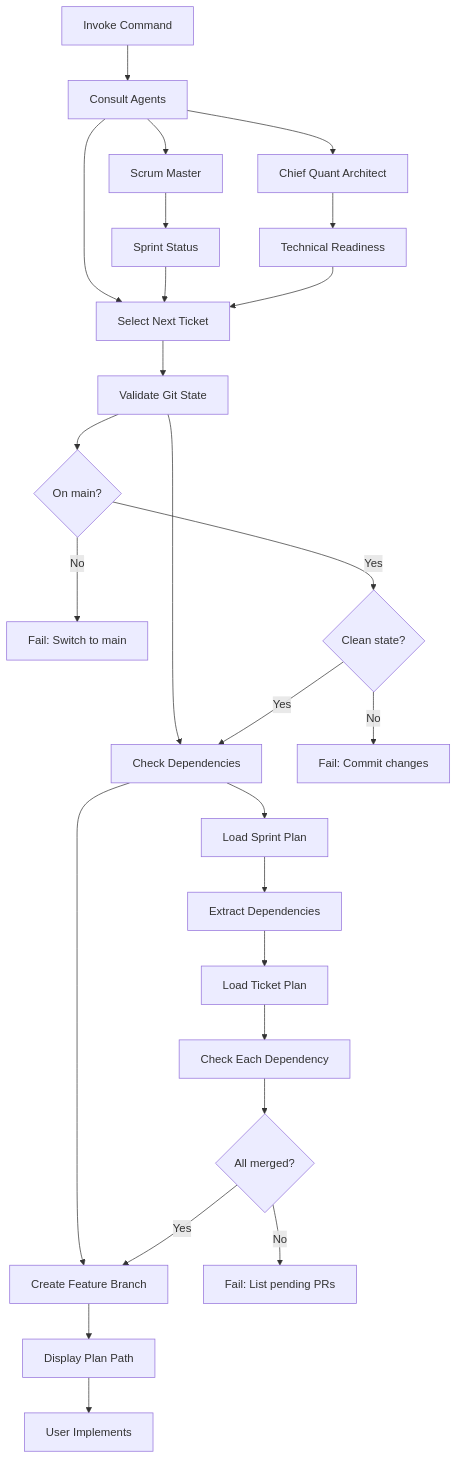
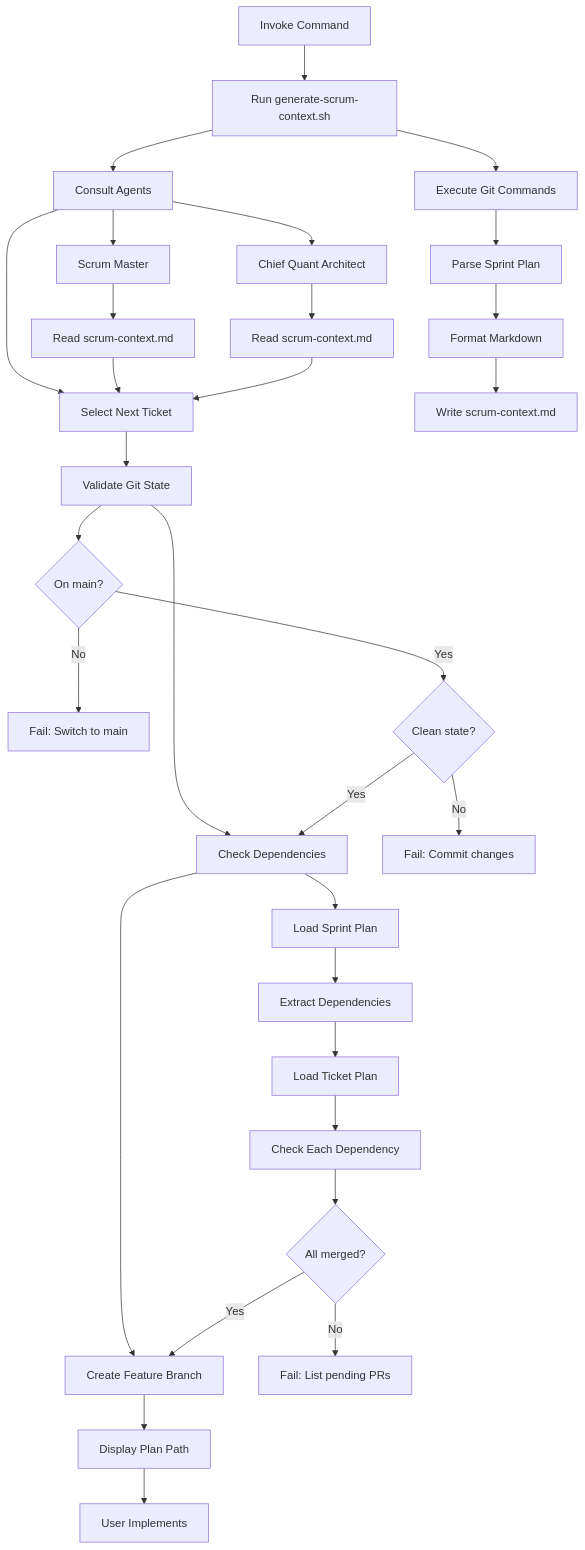
Before and after one commit to jxtngx/ib-interface: the first of 2 diagrams in .cursor/commands/run-ticket-plan.md, drawn with Mermaid. The commit also changed other lines of this file and 4 other files, not shown here.

````diff
--- a/.cursor/commands/run-ticket-plan.md
+++ b/.cursor/commands/run-ticket-plan.md
@@ -25,31 +25,37 @@
 ```mermaid
 graph TD
-    A[Invoke Command] --> B[Consult Agents]
+    A[Invoke Command] --> A1[Run generate-scrum-context.sh]
+    A1 --> B[Consult Agents]
     B --> C[Select Next Ticket]
     C --> D[Validate Git State]
     D --> E[Check Dependencies]
     E --> F[Create Feature Branch]
     F --> G[Display Plan Path]
     G --> H[User Implements]
     
+    A1 --> A2[Execute Git Commands]
+    A2 --> A3[Parse Sprint Plan]
+    A3 --> A4[Format Markdown]
+    A4 --> A5[Write scrum-context.md]
+    
     B --> B1[Scrum Master]
     B --> B2[Chief Quant Architect]
-    B1 --> B3[Sprint Status]
-    B2 --> B4[Technical Readiness]
+    B1 --> B3[Read scrum-context.md]
+    B2 --> B4[Read scrum-context.md]
     B3 --> C
     B4 --> C
     
     D --> D1{On main?}
     D1 -->|No| D2[Fail: Switch to main]
     D1 -->|Yes| D3{Clean state?}
     D3 -->|No| D4[Fail: Commit changes]
     D3 -->|Yes| E
     
     E --> E1[Load Sprint Plan]
     E1 --> E2[Extract Dependencies]
     E2 --> E3[Load Ticket Plan]
     E3 --> E4[Check Each Dependency]
     E4 --> E5{All merged?}
     E5 -->|No| E6[Fail: List pending PRs]
     E5 -->|Yes| F
 ```
````
